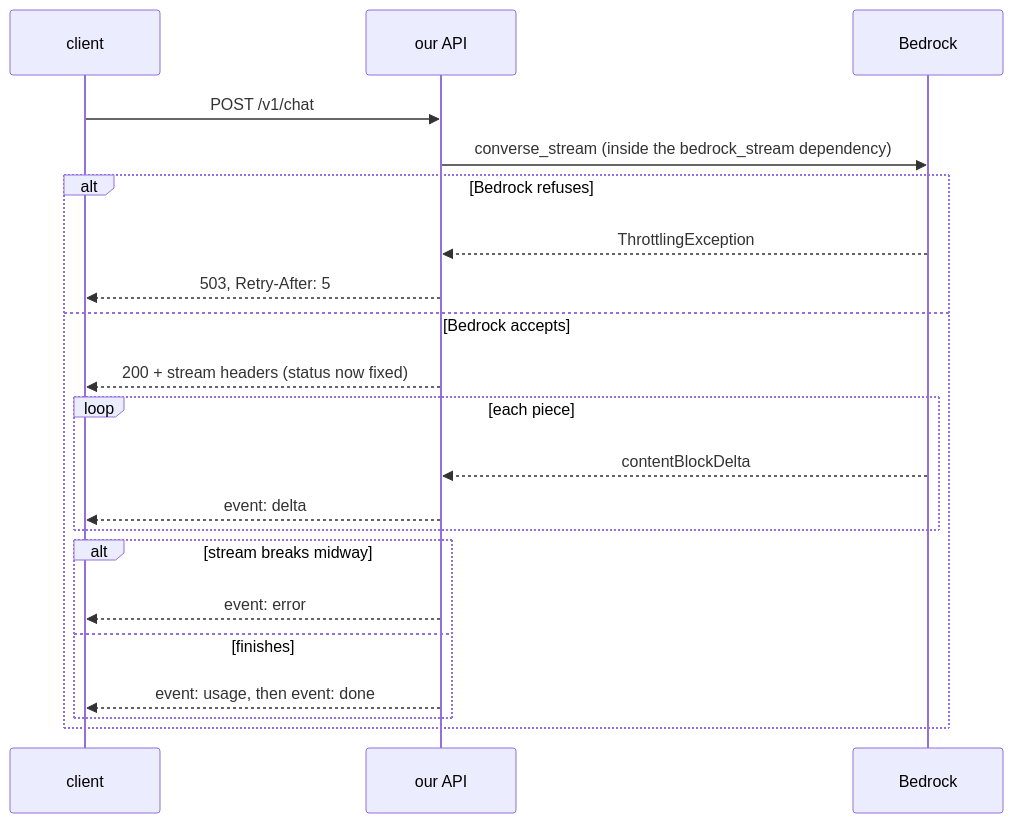
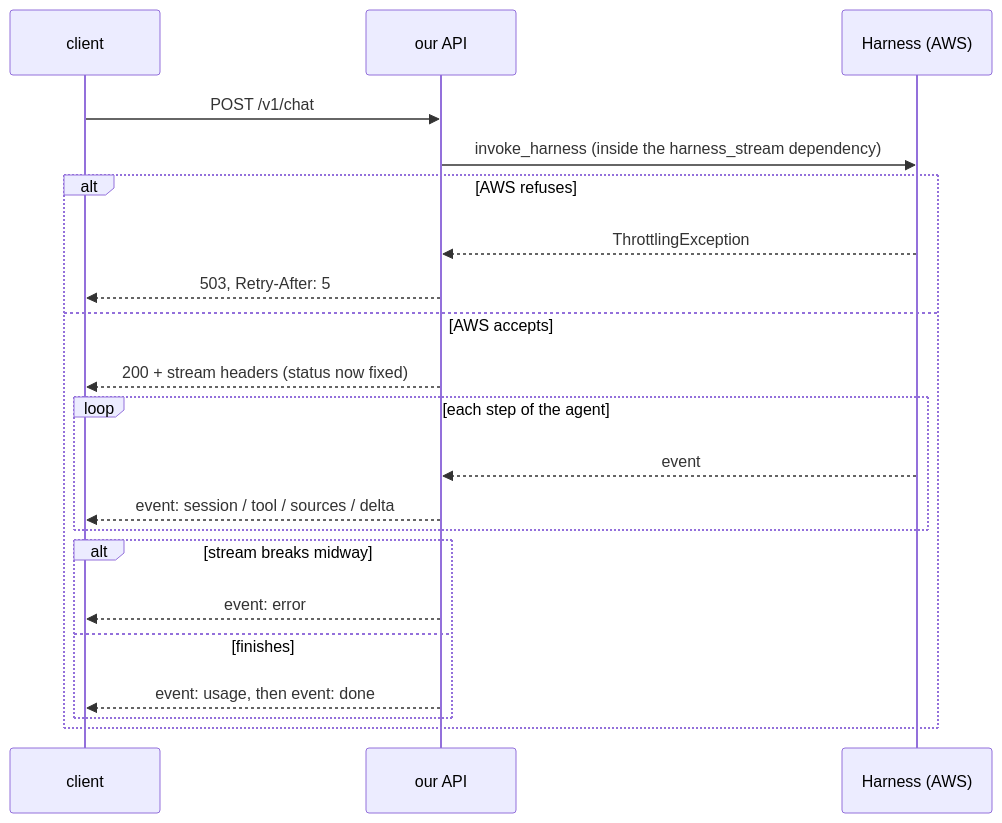
One commit to yashzord/Docs_Copilot changed the second of 5 diagrams in docs/learning/web.md. Above: the diagram before and after it, drawn with Mermaid. The commit also changed other lines of this file and 10 other files, not shown here.

````diff
--- a/docs/learning/web.md
+++ b/docs/learning/web.md
@@ -200,23 +234,23 @@
 ```mermaid
 sequenceDiagram
     participant C as client
     participant A as our API
-    participant B as Bedrock
+    participant H as Harness (AWS)
     C->>A: POST /v1/chat
-    A->>B: converse_stream (inside the bedrock_stream dependency)
-    alt Bedrock refuses
-        B-->>A: ThrottlingException
+    A->>H: invoke_harness (inside the harness_stream dependency)
+    alt AWS refuses
+        H-->>A: ThrottlingException
         A-->>C: 503, Retry-After: 5
-    else Bedrock accepts
+    else AWS accepts
         A-->>C: 200 + stream headers (status now fixed)
-        loop each piece
-            B-->>A: contentBlockDelta
-            A-->>C: event: delta
+        loop each step of the agent
+            H-->>A: event
+            A-->>C: event: session / tool / sources / delta
         end
         alt stream breaks midway
             A-->>C: event: error
         else finishes
             A-->>C: event: usage, then event: done
         end
     end
 ```
````
